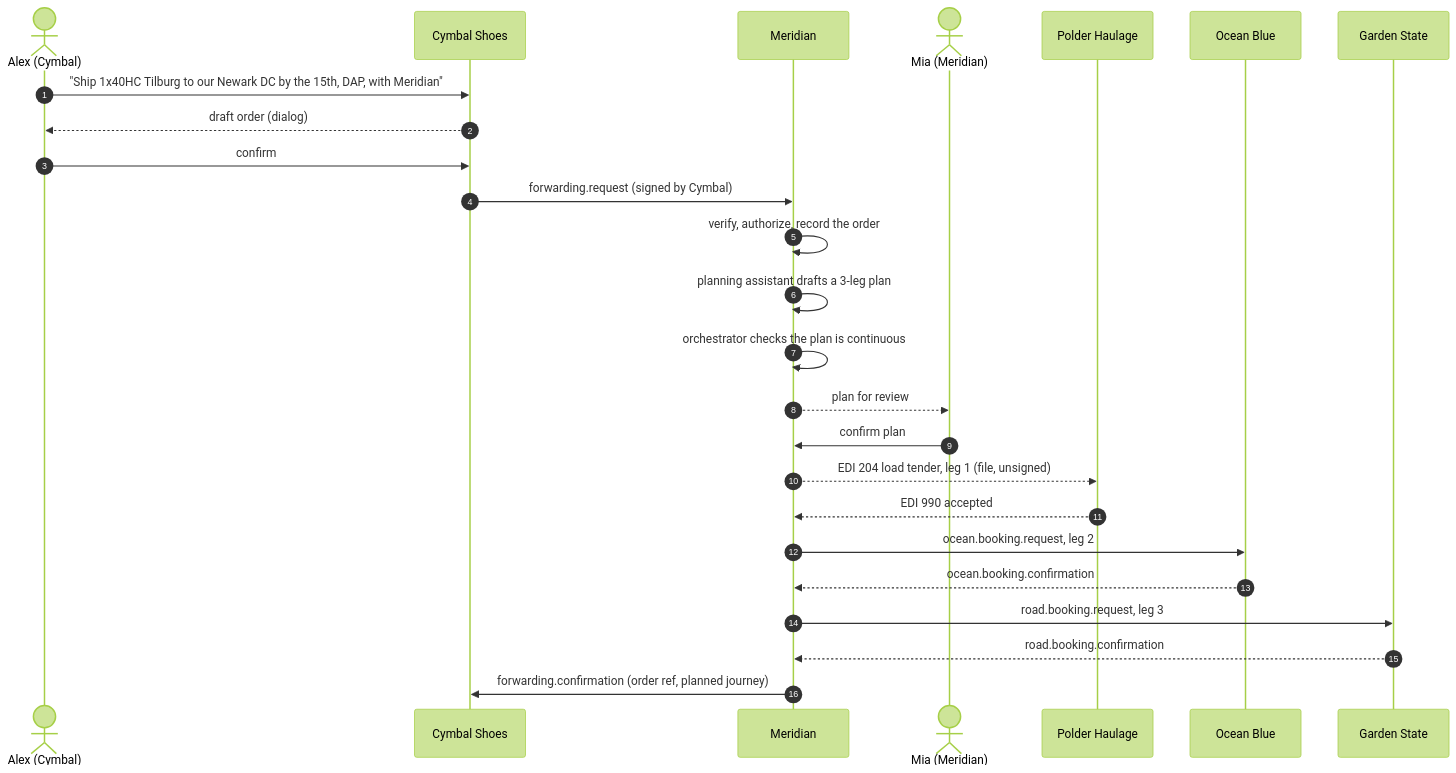
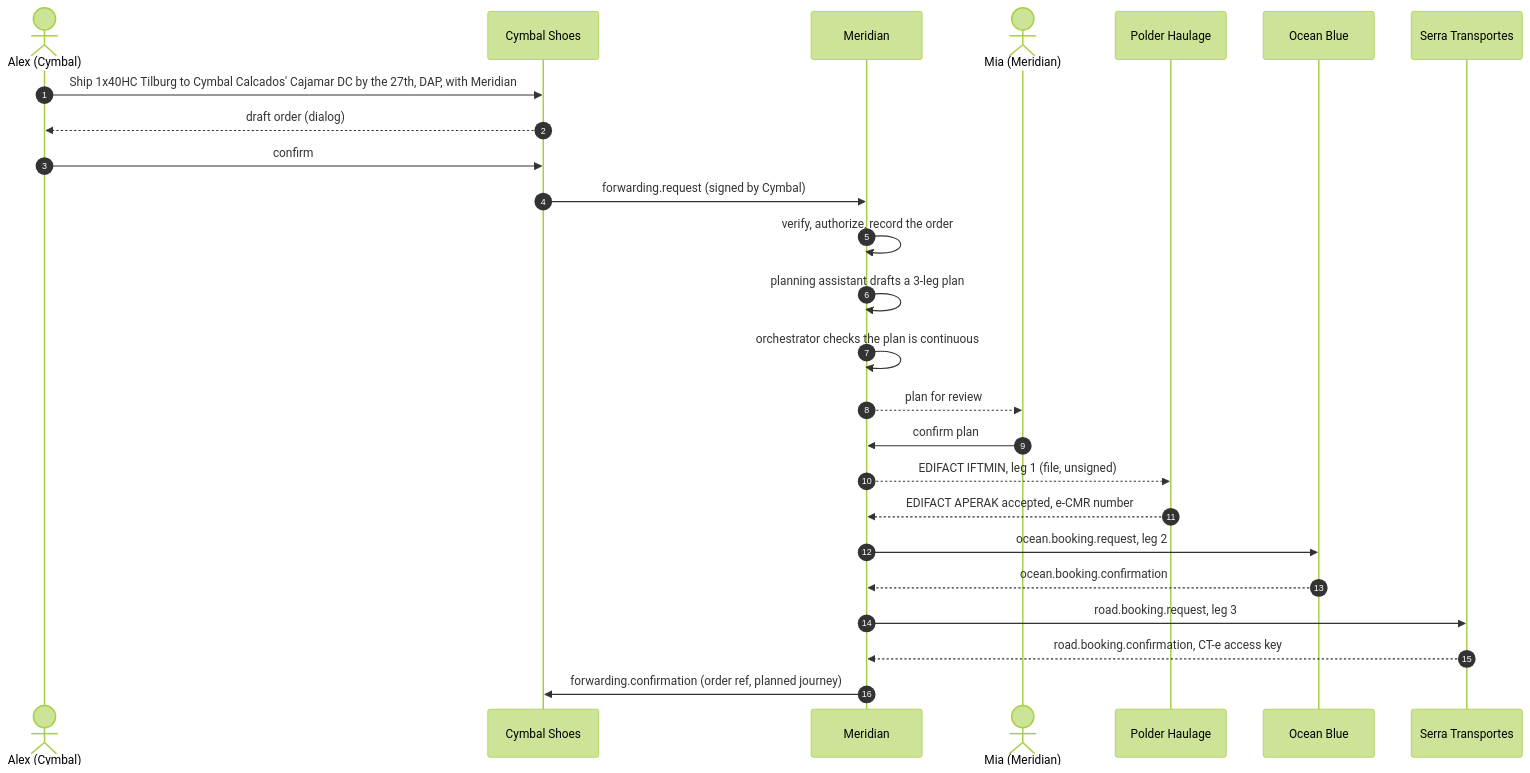
Before and after one commit to go-steer/supercargo: the third of 7 diagrams in docs/proposals/door-to-door-forwarder.md, drawn with Mermaid (forest theme). The commit also changed other lines of this file and 2 other files, not shown here.

````diff
--- a/docs/proposals/door-to-door-forwarder.md
+++ b/docs/proposals/door-to-door-forwarder.md
@@ -302,28 +411,28 @@
 ```mermaid
 sequenceDiagram
     autonumber
     actor Alex as Alex (Cymbal)
     participant CS as Cymbal Shoes
     participant MF as Meridian
     actor Mia as Mia (Meridian)
     participant PH as Polder Haulage
     participant OB as Ocean Blue
-    participant GS as Garden State
+    participant GS as Serra Transportes
 
-    Alex->>CS: "Ship 1x40HC Tilburg to our Newark DC by the 15th, DAP, with Meridian"
+    Alex->>CS: Ship 1x40HC Tilburg to Cymbal Calcados' Cajamar DC by the 27th, DAP, with Meridian
     CS-->>Alex: draft order (dialog)
     Alex->>CS: confirm
     CS->>MF: forwarding.request (signed by Cymbal)
     MF->>MF: verify, authorize, record the order
     MF->>MF: planning assistant drafts a 3-leg plan
     MF->>MF: orchestrator checks the plan is continuous
     MF-->>Mia: plan for review
     Mia->>MF: confirm plan
-    MF-->>PH: EDI 204 load tender, leg 1 (file, unsigned)
-    PH-->>MF: EDI 990 accepted
+    MF-->>PH: EDIFACT IFTMIN, leg 1 (file, unsigned)
+    PH-->>MF: EDIFACT APERAK accepted, e-CMR number
     MF->>OB: ocean.booking.request, leg 2
     OB-->>MF: ocean.booking.confirmation
     MF->>GS: road.booking.request, leg 3
-    GS-->>MF: road.booking.confirmation
+    GS-->>MF: road.booking.confirmation, CT-e access key
     MF->>CS: forwarding.confirmation (order ref, planned journey)
 ```
````
